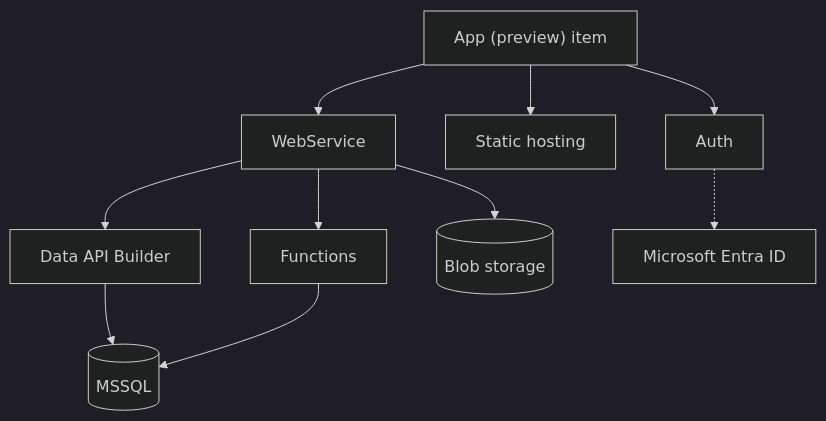
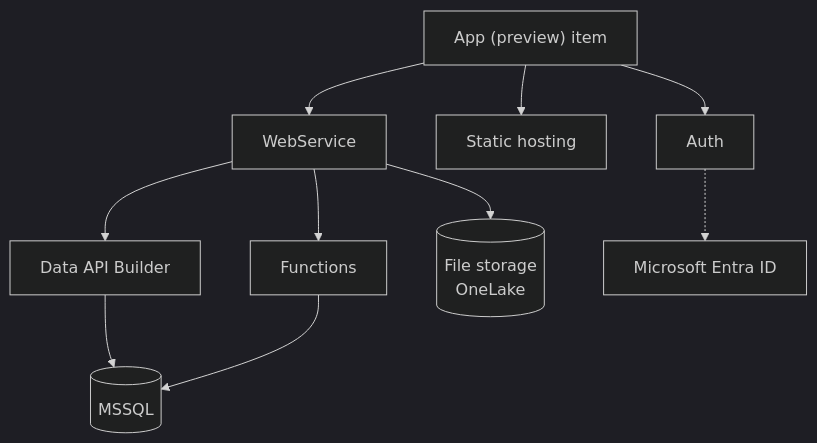
Before and after one commit to spatney/rayfin-docs: the diagram in content/docs/deploy/fabric-apps.mdx, drawn with Mermaid (dark theme). The commit also changed other lines of this file and 108 other files, not shown here.

````diff
--- a/content/docs/deploy/fabric-apps.mdx
+++ b/content/docs/deploy/fabric-apps.mdx
@@ -10,17 +10,16 @@
 ```mermaid
 flowchart TD
   App["App (preview) item"] --> Auth["Auth"]
   App --> Static["Static hosting"]
   App --> Web["WebService"]
   Web --> DataApi["Data API Builder"]
   Web --> Fn["Functions"]
-  Web --> Blob[("Blob storage")]
+  Web --> Blob[("File storage<br/>OneLake")]
   DataApi --> MSSQL[("MSSQL")]
   Fn --> MSSQL
   Auth -.-> Entra["Microsoft Entra ID"]
 
   class App,Auth,Static,Web,DataApi,Fn service
-  class MSSQL store
-  class Blob experimental
+  class MSSQL,Blob store
   class Entra external
 ```
````
